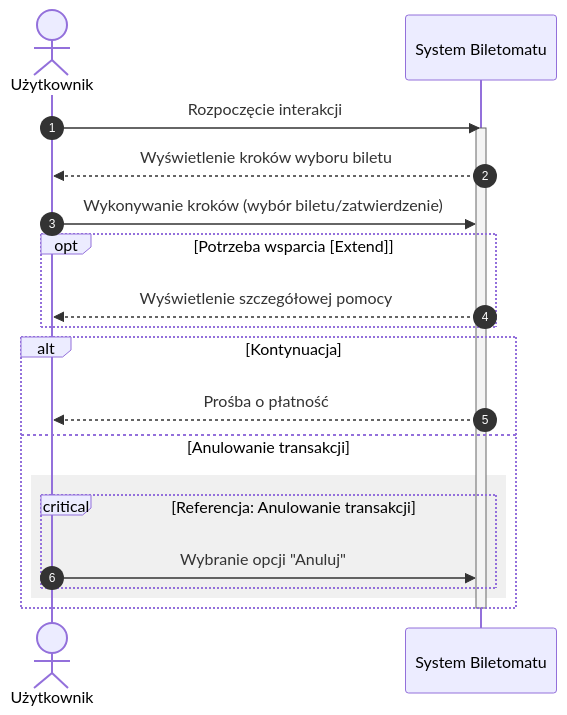
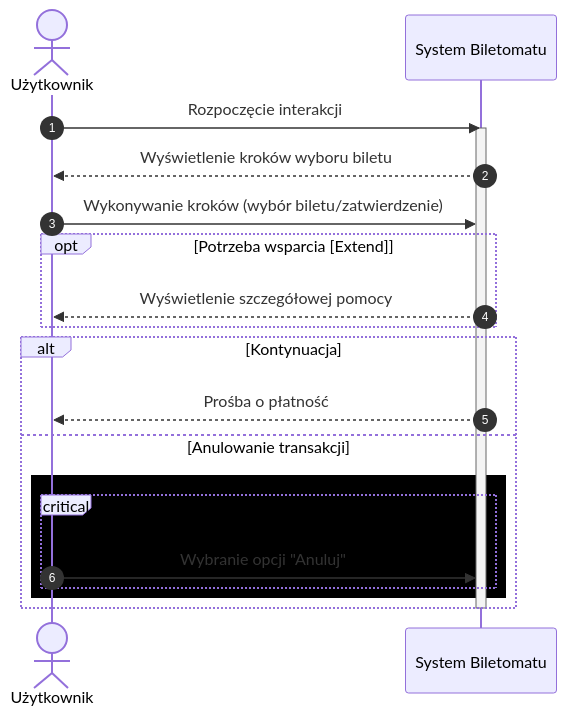
Before and after one commit to Mkkami/MWO: the third of 4 diagrams in sekwencja.md, drawn with Mermaid. The commit also changed other lines of this file, not shown here.

Commit message:
Refactor transaction cancellation flow in sekwencja.md

````diff
--- a/sekwencja.md
+++ b/sekwencja.md
@@ -48,28 +54,28 @@
 ```mermaid
 sequenceDiagram
     autonumber
     actor Uzytkownik as Użytkownik
     participant System as System Biletomatu
 
     Uzytkownik->>System: Rozpoczęcie interakcji
     
     activate System
     System-->>Uzytkownik: Wyświetlenie kroków wyboru biletu
     
     Uzytkownik->>System: Wykonywanie kroków (wybór biletu/zatwierdzenie)
     
     opt Potrzeba wsparcia [Extend]
         System-->>Uzytkownik: Wyświetlenie szczegółowej pomocy
     end
 
     alt Kontynuacja
         System-->>Uzytkownik: Prośba o płatność
     else Anulowanie transakcji
-        rect rgb(240, 240, 240)
+        rect rgb(0, 0, 0)
             critical Referencja: Anulowanie transakcji
                 Uzytkownik->>System: Wybranie opcji "Anuluj"
             end
         end
     end
     deactivate System
 ```
````
